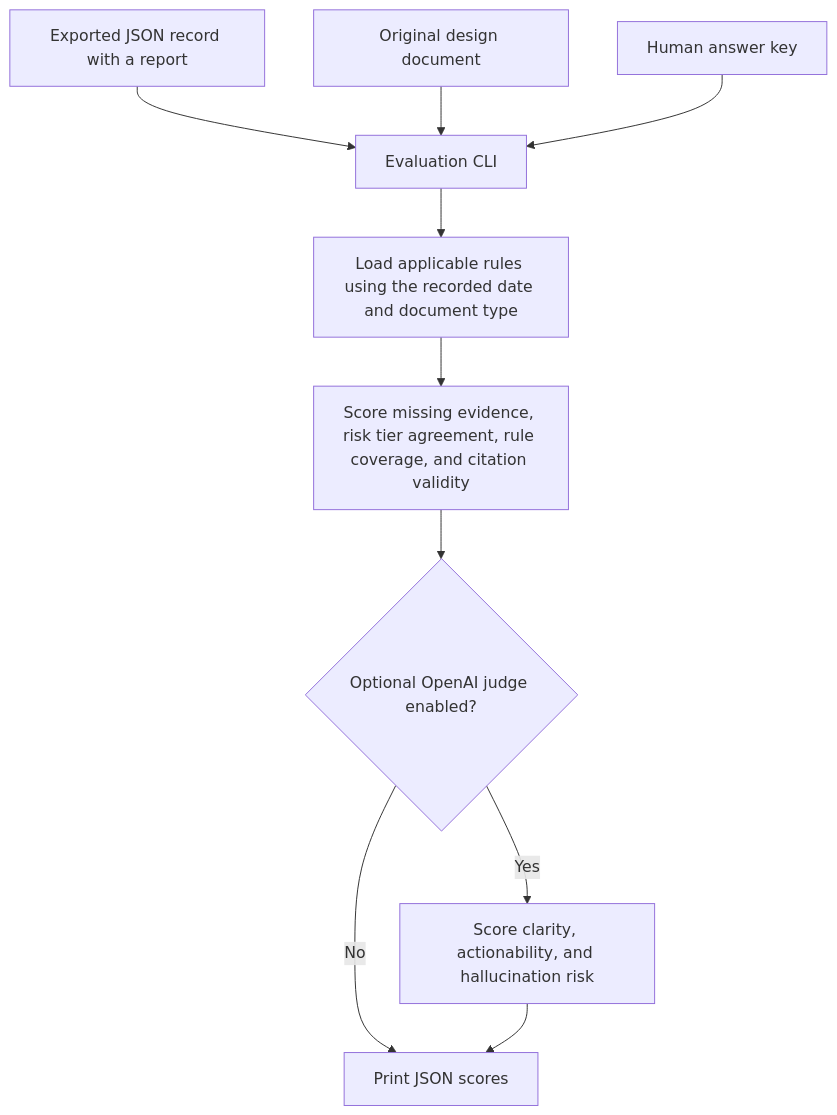
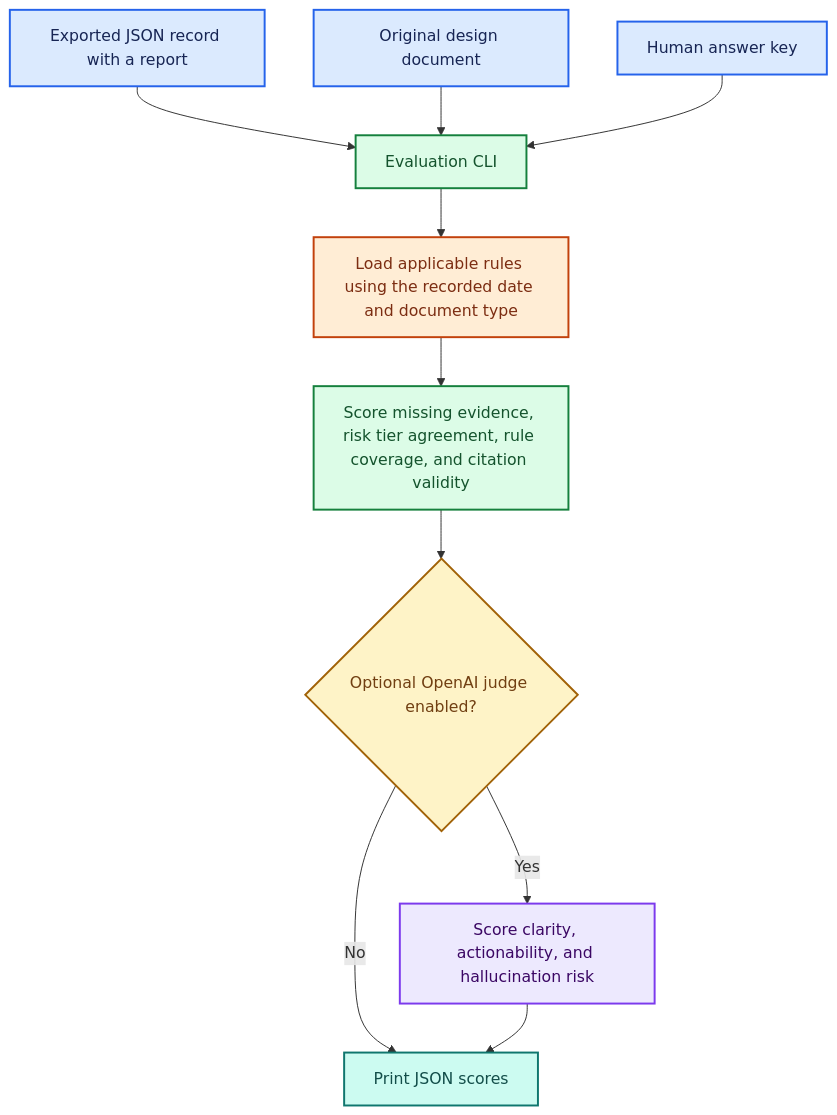
Before and after one commit to girisheduru/archgovasst: the eighth of 9 diagrams in flowdiagrams.md, drawn with Mermaid. The commit also changed other lines of this file and 18 other files, not shown here.

Commit message:
Nodes and architecture changed along with banners and comments

````diff
--- a/flowdiagrams.md
+++ b/flowdiagrams.md
@@ -134,12 +233,25 @@
 ```mermaid
 flowchart TD
     Record["Exported JSON record with a report"] --> Evaluate["Evaluation CLI"]
     Source["Original design document"] --> Evaluate
     Key["Human answer key"] --> Evaluate
     Evaluate --> Rules["Load applicable rules using the recorded date and document type"]
     Rules --> Metrics["Score missing evidence, risk tier agreement, rule coverage, and citation validity"]
     Metrics --> Judge{"Optional OpenAI judge enabled?"}
     Judge -->|"Yes"| OpenAI["Score clarity, actionability, and hallucination risk"]
     Judge -->|"No"| Output["Print JSON scores"]
     OpenAI --> Output
+
+    classDef user fill:#dbeafe,stroke:#2563eb,color:#172554,stroke-width:2px;
+    class Record,Source,Key user;
+    classDef process fill:#dcfce7,stroke:#15803d,color:#14532d,stroke-width:2px;
+    class Evaluate,Metrics process;
+    classDef store fill:#ffedd5,stroke:#c2410c,color:#7c2d12,stroke-width:2px;
+    class Rules store;
+    classDef decision fill:#fef3c7,stroke:#a16207,color:#713f12,stroke-width:2px;
+    class Judge decision;
+    classDef llm fill:#ede9fe,stroke:#7c3aed,color:#3b0764,stroke-width:2px;
+    class OpenAI llm;
+    classDef output fill:#ccfbf1,stroke:#0f766e,color:#134e4a,stroke-width:2px;
+    class Output output;
 ```
````
